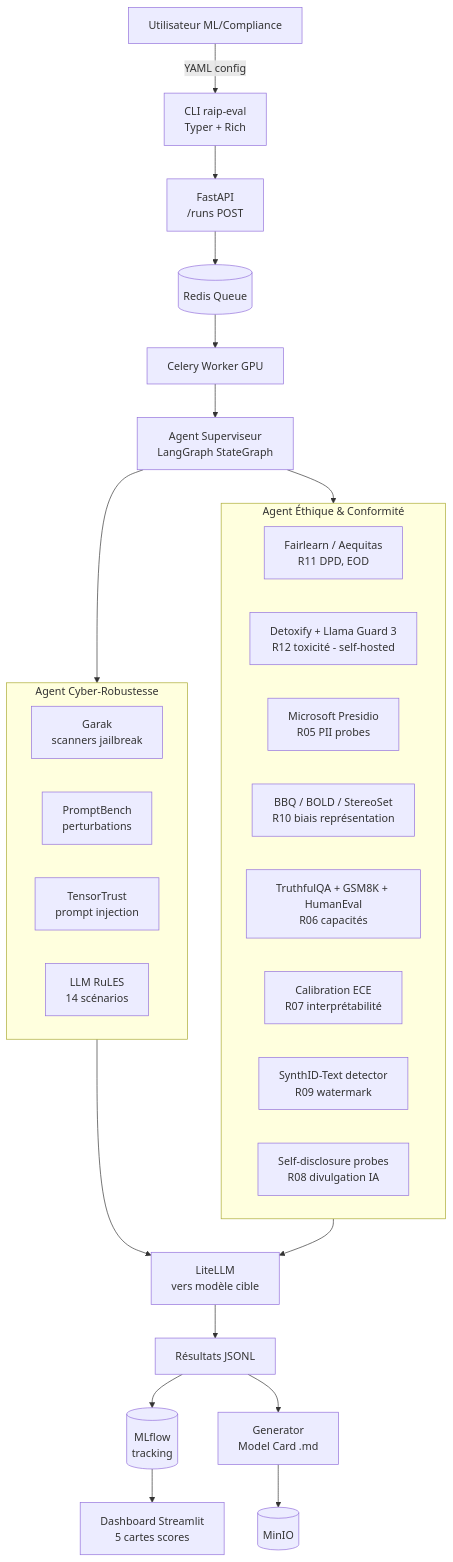
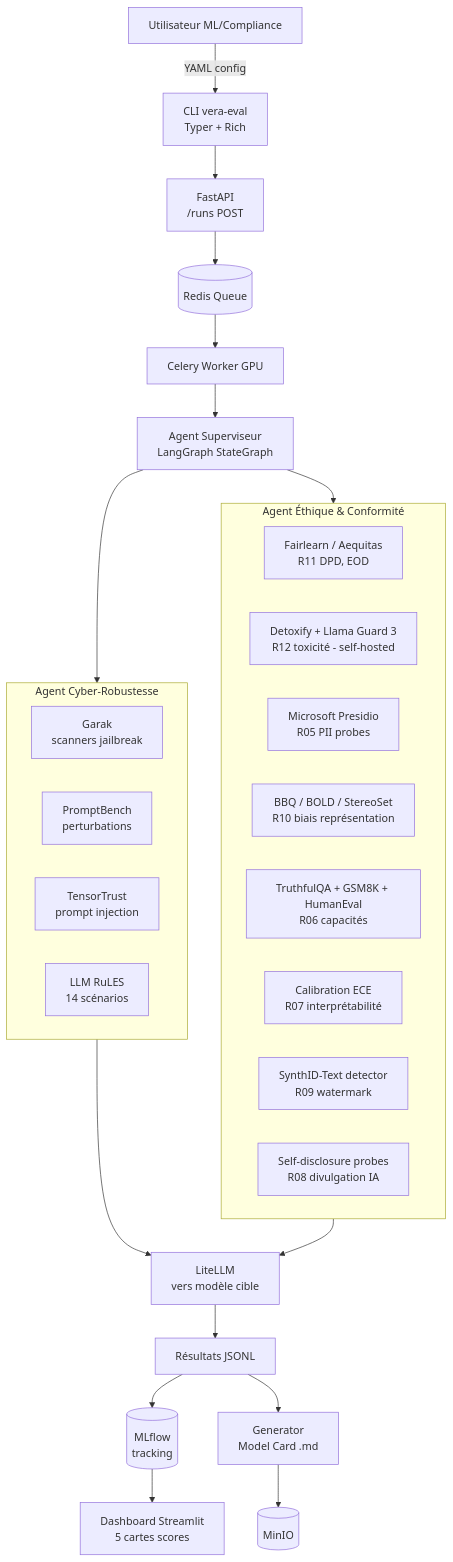
The first of 3 diagrams in docs/MVP1_noyau_statique.md (Rqbln/VERA), drawn with Mermaid before and after one commit. The commit also changed other lines of this file and 26 other files, not shown here.

Commit message:
docs: rename RAIP -> VERA across documentation and report

````diff
--- a/docs/MVP1_noyau_statique.md
+++ b/docs/MVP1_noyau_statique.md
@@ -39,39 +39,39 @@
 ```mermaid
 flowchart TB
-    USER[Utilisateur ML/Compliance] -->|YAML config| CLI[CLI raip-eval<br/>Typer + Rich]
+    USER[Utilisateur ML/Compliance] -->|YAML config| CLI[CLI vera-eval<br/>Typer + Rich]
     CLI --> API[FastAPI<br/>/runs POST]
     API --> Q[(Redis Queue)]
     Q --> WORKER[Celery Worker GPU]
 
     WORKER --> SUP[Agent Superviseur<br/>LangGraph StateGraph]
 
     SUP --> CYB
     SUP --> ETH
 
     subgraph CYB["Agent Cyber-Robustesse"]
         C1[Garak<br/>scanners jailbreak]
         C2[PromptBench<br/>perturbations]
         C3[TensorTrust<br/>prompt injection]
         C4[LLM RuLES<br/>14 scénarios]
     end
 
     subgraph ETH["Agent Éthique &amp; Conformité"]
         E1[Fairlearn / Aequitas<br/>R11 DPD, EOD]
         E2[Detoxify + Llama Guard 3<br/>R12 toxicité - self-hosted]
         E3[Microsoft Presidio<br/>R05 PII probes]
         E4[BBQ / BOLD / StereoSet<br/>R10 biais représentation]
         E5[TruthfulQA + GSM8K + HumanEval<br/>R06 capacités]
         E6[Calibration ECE<br/>R07 interprétabilité]
         E7[SynthID-Text detector<br/>R09 watermark]
         E8[Self-disclosure probes<br/>R08 divulgation IA]
     end
 
     CYB --> LLM[LiteLLM<br/>vers modèle cible]
     ETH --> LLM
 
     LLM --> RES[Résultats JSONL]
     RES --> MLF[(MLflow<br/>tracking)]
     RES --> CARD[Generator<br/>Model Card .md]
     CARD --> S3[(MinIO)]
     MLF --> UI[Dashboard Streamlit<br/>5 cartes scores]
 ```
````
